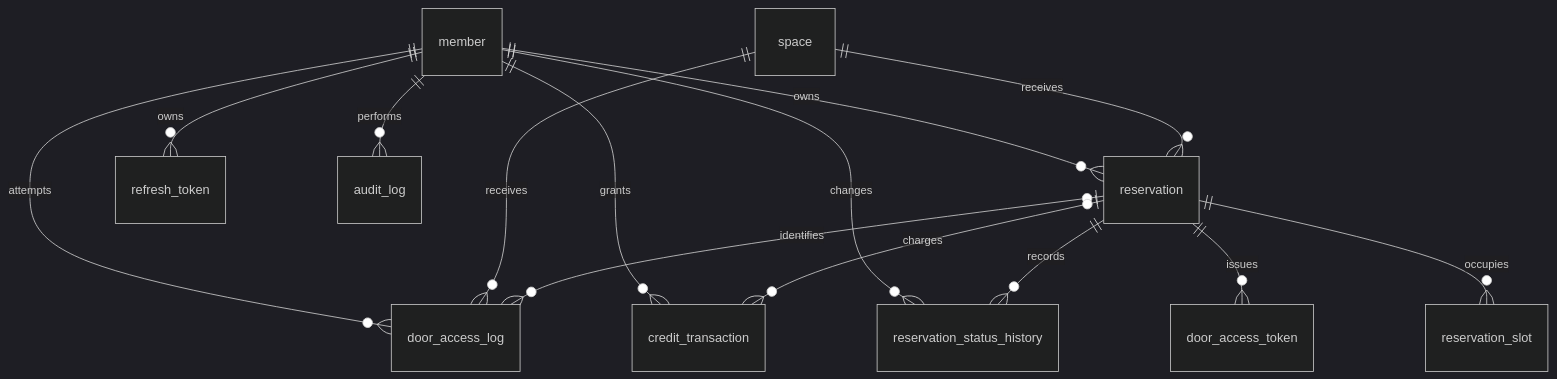
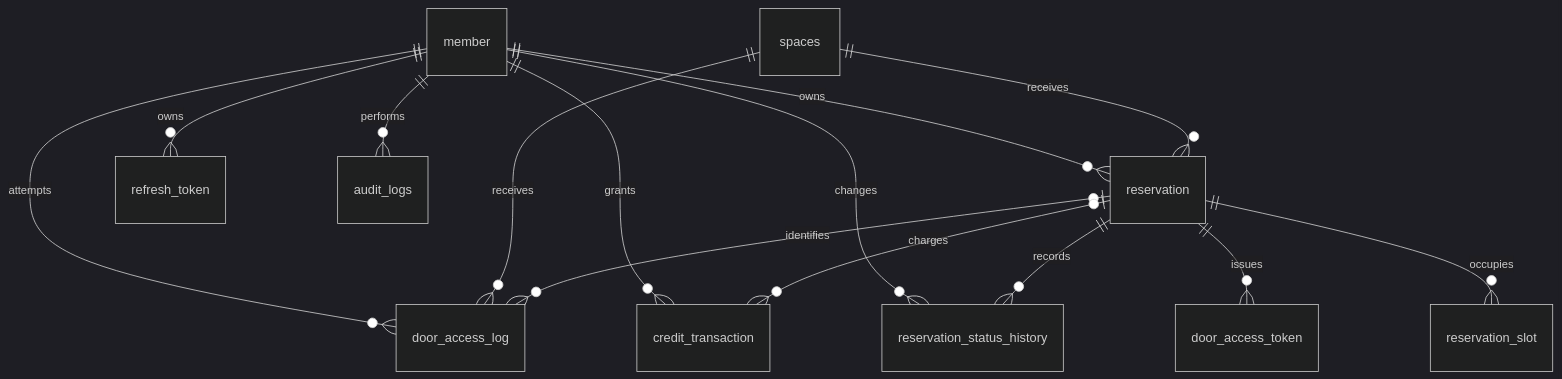
Before and after one commit to Lemnoideae/NBE12-14-2-OVENGERS: the diagram in docs/erd.md, drawn with Mermaid (dark theme). The commit also changed other lines of this file and 1 other file, not shown here.

First line of the commit message:
docs(space/audit): ERD 및 API 명세 - 현재 구현에 동기화 (#115)

````diff
--- a/docs/erd.md
+++ b/docs/erd.md
@@ -43,18 +43,18 @@
 ```mermaid
 erDiagram
     member ||--o{ reservation : owns
     member ||--o{ refresh_token : owns
     member ||--o{ credit_transaction : grants
     member ||--o{ reservation_status_history : changes
     member ||--o{ door_access_log : attempts
-    member ||--o{ audit_log : performs
+    member ||--o{ audit_logs : performs
 
-    space ||--o{ reservation : receives
-    space ||--o{ door_access_log : receives
+    spaces ||--o{ reservation : receives
+    spaces ||--o{ door_access_log : receives
 
     reservation ||--o{ reservation_slot : occupies
     reservation ||--o{ reservation_status_history : records
     reservation ||--o{ door_access_token : issues
     reservation o|--o{ door_access_log : identifies
     reservation o|--o{ credit_transaction : charges
 ```
````
